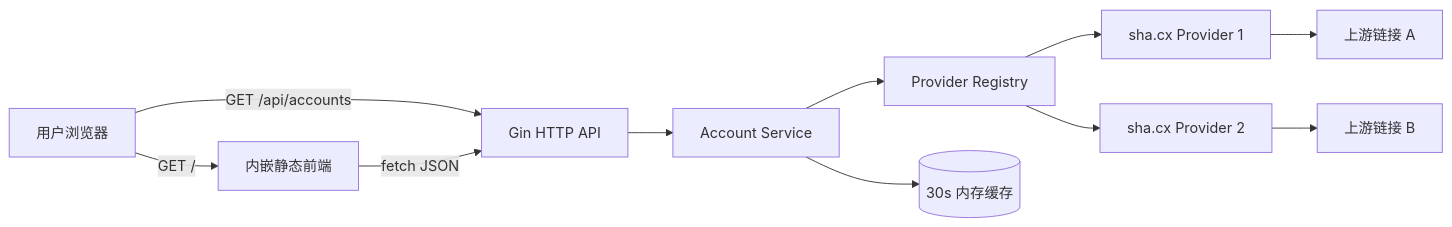
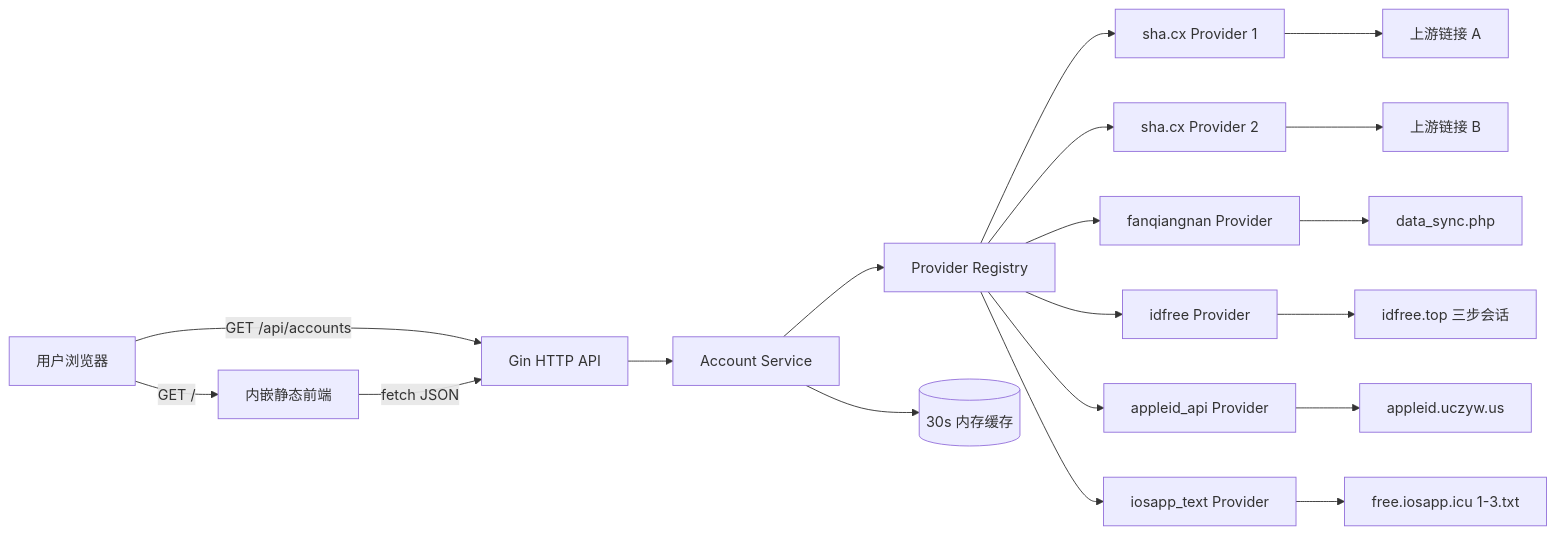
Before and after one commit to Q1YZn/appleshare-hub: the diagram in docs/ARCHITECTURE.md, drawn with Mermaid. The commit also changed other lines of this file and 20 other files, not shown here.

````diff
--- a/docs/ARCHITECTURE.md
+++ b/docs/ARCHITECTURE.md
@@ -13,13 +13,21 @@
 ```mermaid
 flowchart LR
     User[用户浏览器] -->|GET /| Web[内嵌静态前端]
     User -->|GET /api/accounts| Gin[Gin HTTP API]
     Web -->|fetch JSON| Gin
     Gin --> Service[Account Service]
     Service --> Registry[Provider Registry]
     Registry --> P1[sha.cx Provider 1]
     Registry --> P2[sha.cx Provider 2]
+    Registry --> P3[fanqiangnan Provider]
+    Registry --> P4[idfree Provider]
+    Registry --> P5[appleid_api Provider]
+    Registry --> P6[iosapp_text Provider]
     P1 --> S1[上游链接 A]
     P2 --> S2[上游链接 B]
+    P3 --> S3[data_sync.php]
+    P4 --> S4[idfree.top 三步会话]
+    P5 --> S5[appleid.uczyw.us]
+    P6 --> S6[free.iosapp.icu 1-3.txt]
     Service --> Cache[(30s 内存缓存)]
 ```
````
